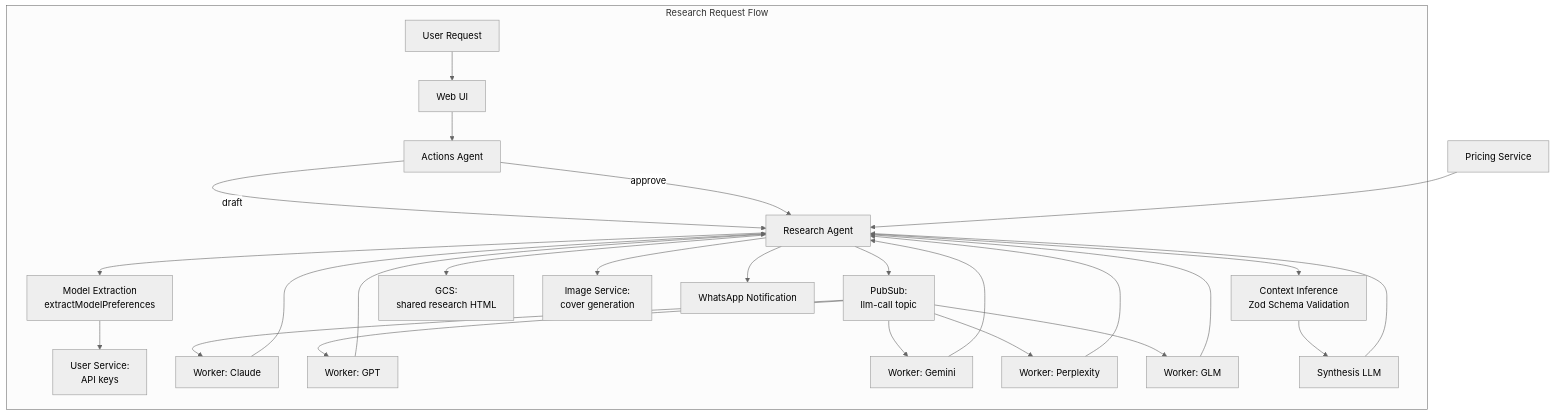
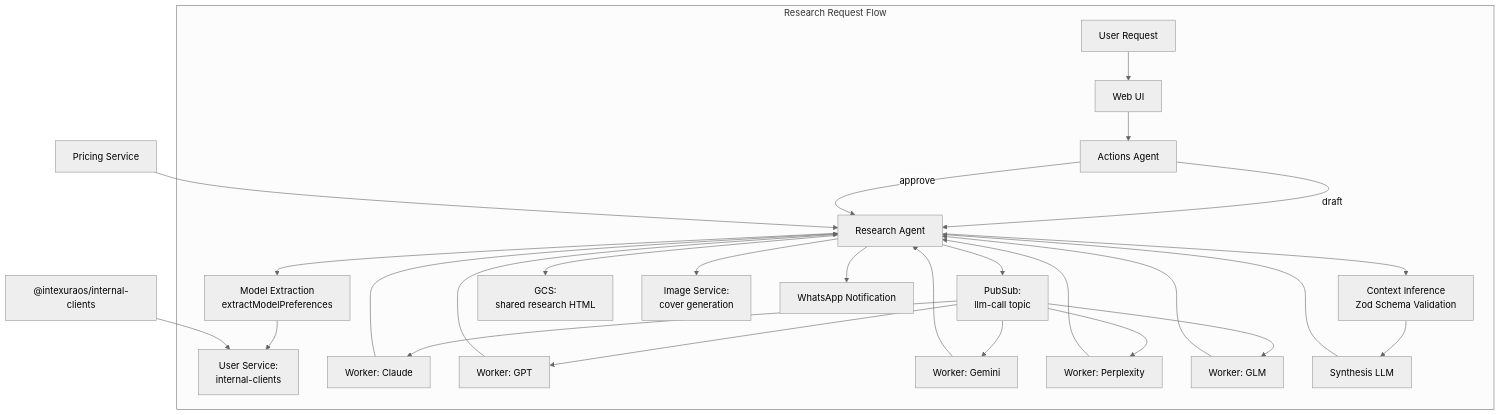
One commit to pbuchman/praxos changed the first of 4 diagrams in docs/services/research-agent/technical.md. Above: the diagram before and after it, drawn with Mermaid (neutral theme). The commit also changed other lines of this file and 47 other files, not shown here.

````diff
--- a/docs/services/research-agent/technical.md
+++ b/docs/services/research-agent/technical.md
@@ -9,35 +9,36 @@
 ```mermaid
 graph TB
     subgraph "Research Request Flow"
         User[User Request] --> Web[Web UI]
         Web --> AA[Actions Agent]
         AA -->|draft| RA[Research Agent]
         AA -->|approve| RA
 
         RA --> ModelExtract[Model Extraction<br/>extractModelPreferences]
-        ModelExtract --> UserSvc[User Service:<br/>API keys]
+        ModelExtract --> UserSvc[User Service:<br/>internal-clients]
 
         RA --> PubSub[PubSub:<br/>llm-call topic]
         PubSub --> Worker1[Worker: Claude]
         PubSub --> Worker2[Worker: GPT]
         PubSub --> Worker3[Worker: Gemini]
         PubSub --> Worker4[Worker: Perplexity]
         PubSub --> Worker5[Worker: GLM]
 
         Worker1 --> RA
         Worker2 --> RA
         Worker3 --> RA
         Worker4 --> RA
         Worker5 --> RA
 
         RA --> ContextInfer[Context Inference<br/>Zod Schema Validation]
         ContextInfer --> Synthesizer[Synthesis LLM]
         Synthesizer --> RA
 
         RA --> GCS[GCS:<br/>shared research HTML]
         RA --> ImageSvc[Image Service:<br/>cover generation]
         RA --> Notify[WhatsApp Notification]
     end
 
     Pricing[Pricing Service] --> RA
+    InternalClients["@intexuraos/internal-clients"] --> UserSvc
 ```
````
